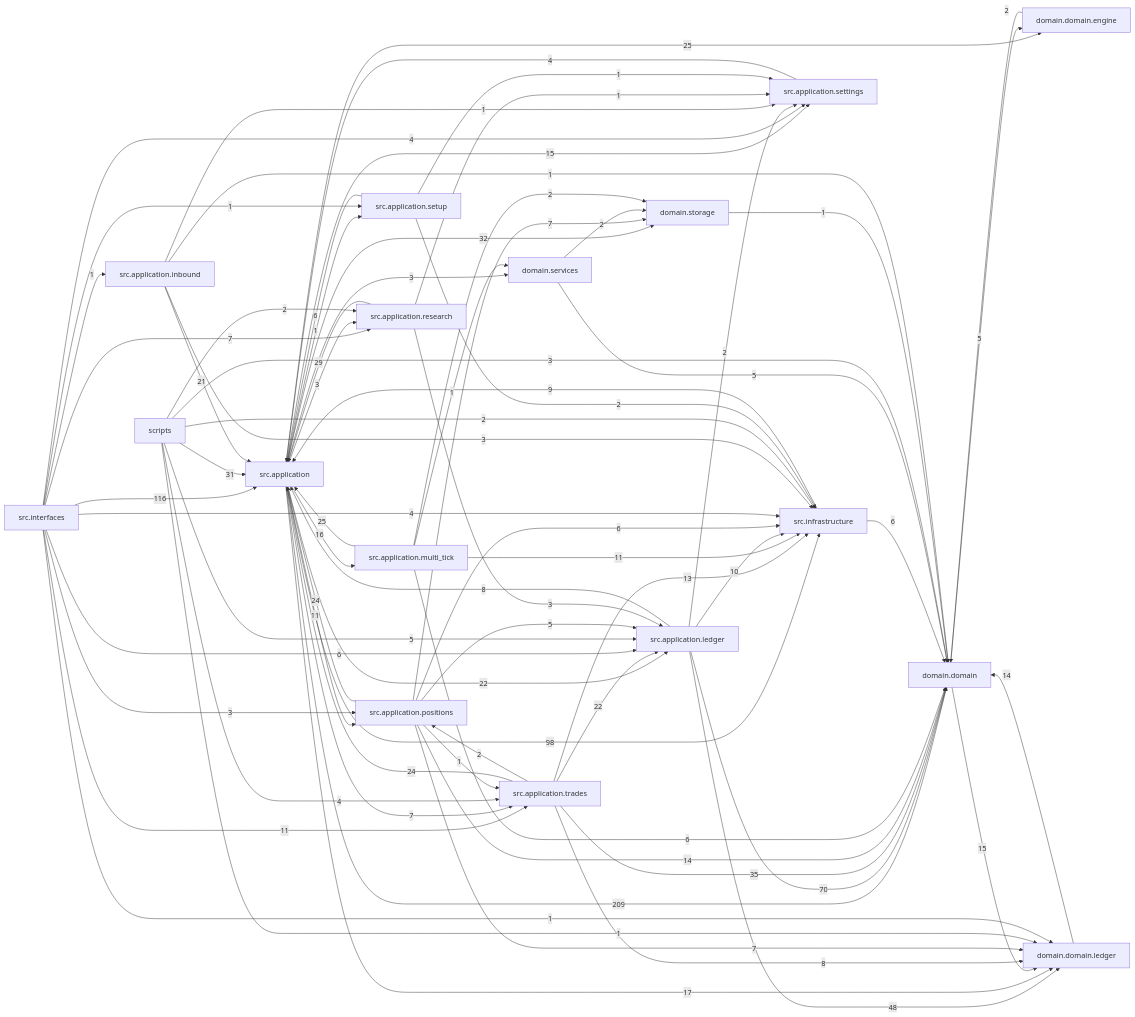
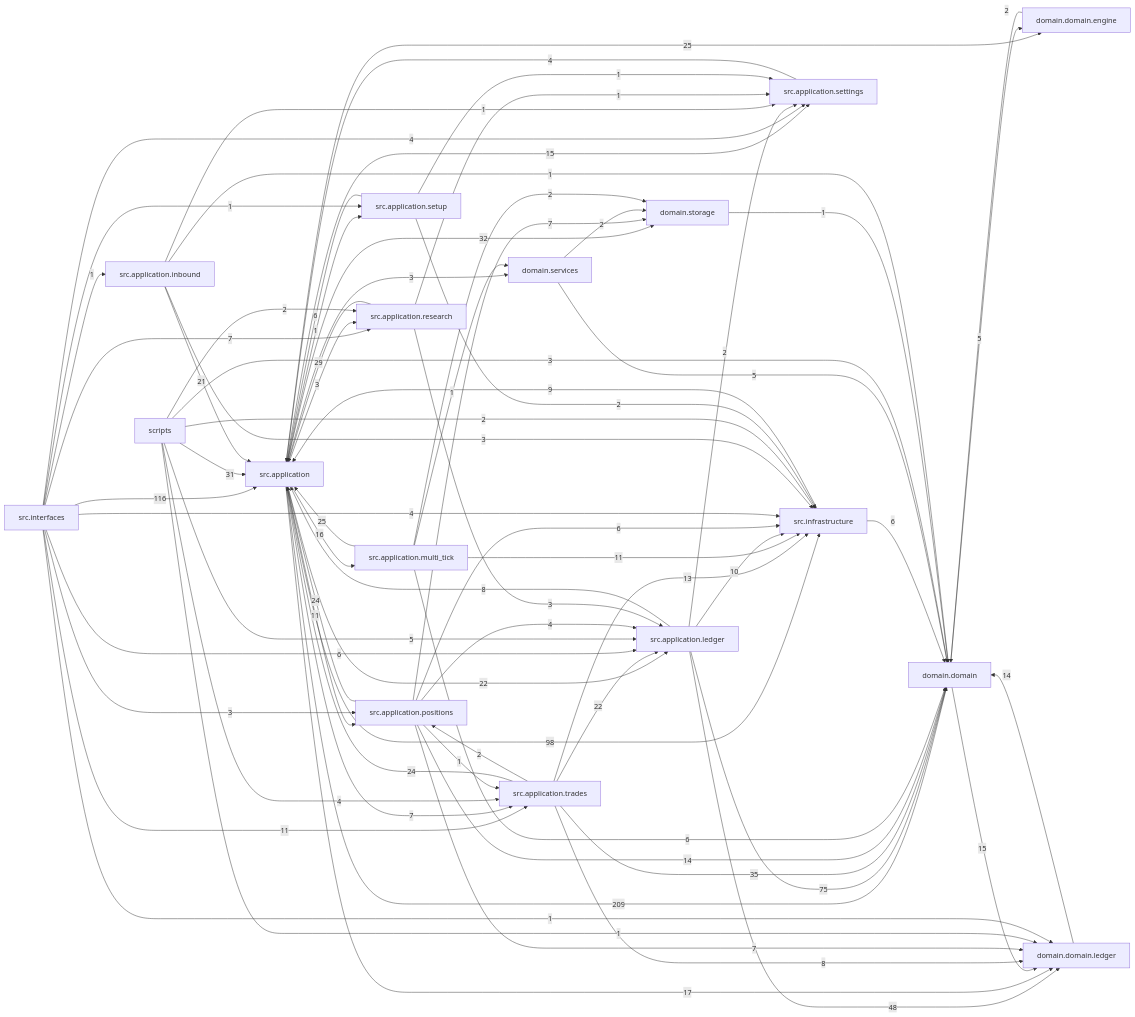
The diagram in docs/dependency_graph.mmd (liuxie066/options-monitor), drawn with Mermaid before and after one commit. The commit also changed 64 other files, not shown here.

```diff
--- a/docs/dependency_graph.mmd
+++ b/docs/dependency_graph.mmd
@@ -1,74 +1,74 @@
 flowchart LR
   src_application["src.application"] -->|209| domain_domain["domain.domain"]
   src_interfaces["src.interfaces"] -->|116| src_application["src.application"]
   src_application["src.application"] -->|98| src_infrastructure["src.infrastructure"]
-  src_application_ledger["src.application.ledger"] -->|70| domain_domain["domain.domain"]
+  src_application_ledger["src.application.ledger"] -->|75| domain_domain["domain.domain"]
   src_application_ledger["src.application.ledger"] -->|48| domain_domain_ledger["domain.domain.ledger"]
   src_application_trades["src.application.trades"] -->|35| domain_domain["domain.domain"]
   src_application["src.application"] -->|32| domain_storage["domain.storage"]
   scripts["scripts"] -->|31| src_application["src.application"]
   src_application_research["src.application.research"] -->|29| src_application["src.application"]
   src_application["src.application"] -->|25| domain_domain_engine["domain.domain.engine"]
   src_application_multi_tick["src.application.multi_tick"] -->|25| src_application["src.application"]
   src_application_positions["src.application.positions"] -->|24| src_application["src.application"]
   src_application_trades["src.application.trades"] -->|24| src_application["src.application"]
   src_application["src.application"] -->|22| src_application_ledger["src.application.ledger"]
   src_application_trades["src.application.trades"] -->|22| src_application_ledger["src.application.ledger"]
   src_application_inbound["src.application.inbound"] -->|21| src_application["src.application"]
   src_application["src.application"] -->|17| domain_domain_ledger["domain.domain.ledger"]
   src_application["src.application"] -->|16| src_application_multi_tick["src.application.multi_tick"]
   domain_domain["domain.domain"] -->|15| domain_domain_ledger["domain.domain.ledger"]
   src_application["src.application"] -->|15| src_application_settings["src.application.settings"]
   domain_domain_ledger["domain.domain.ledger"] -->|14| domain_domain["domain.domain"]
   src_application_positions["src.application.positions"] -->|14| domain_domain["domain.domain"]
   src_application_trades["src.application.trades"] -->|13| src_infrastructure["src.infrastructure"]
   src_application["src.application"] -->|11| src_application_positions["src.application.positions"]
   src_application_multi_tick["src.application.multi_tick"] -->|11| src_infrastructure["src.infrastructure"]
   src_interfaces["src.interfaces"] -->|11| src_application_trades["src.application.trades"]
   src_application_ledger["src.application.ledger"] -->|10| src_infrastructure["src.infrastructure"]
   src_infrastructure["src.infrastructure"] -->|9| src_application["src.application"]
   src_application_ledger["src.application.ledger"] -->|8| src_application["src.application"]
   src_application_trades["src.application.trades"] -->|8| domain_domain_ledger["domain.domain.ledger"]
   src_application["src.application"] -->|7| src_application_trades["src.application.trades"]
   src_application_positions["src.application.positions"] -->|7| domain_domain_ledger["domain.domain.ledger"]
   src_application_positions["src.application.positions"] -->|7| domain_storage["domain.storage"]
   src_interfaces["src.interfaces"] -->|7| src_application_research["src.application.research"]
   src_application_multi_tick["src.application.multi_tick"] -->|6| domain_domain["domain.domain"]
   src_application_positions["src.application.positions"] -->|6| src_infrastructure["src.infrastructure"]
   src_application_setup["src.application.setup"] -->|6| src_application["src.application"]
   src_infrastructure["src.infrastructure"] -->|6| domain_domain["domain.domain"]
   src_interfaces["src.interfaces"] -->|6| src_application_ledger["src.application.ledger"]
   domain_domain["domain.domain"] -->|5| domain_domain_engine["domain.domain.engine"]
   domain_services["domain.services"] -->|5| domain_domain["domain.domain"]
   scripts["scripts"] -->|5| src_application_ledger["src.application.ledger"]
-  src_application_positions["src.application.positions"] -->|5| src_application_ledger["src.application.ledger"]
   scripts["scripts"] -->|4| src_application_trades["src.application.trades"]
+  src_application_positions["src.application.positions"] -->|4| src_application_ledger["src.application.ledger"]
   src_application_settings["src.application.settings"] -->|4| src_application["src.application"]
   src_interfaces["src.interfaces"] -->|4| src_application_settings["src.application.settings"]
   src_interfaces["src.interfaces"] -->|4| src_infrastructure["src.infrastructure"]
   scripts["scripts"] -->|3| domain_domain["domain.domain"]
   src_application["src.application"] -->|3| domain_services["domain.services"]
   src_application["src.application"] -->|3| src_application_research["src.application.research"]
   src_application_inbound["src.application.inbound"] -->|3| src_infrastructure["src.infrastructure"]
   src_application_research["src.application.research"] -->|3| src_application_ledger["src.application.ledger"]
   src_interfaces["src.interfaces"] -->|3| src_application_positions["src.application.positions"]
   domain_domain_engine["domain.domain.engine"] -->|2| domain_domain["domain.domain"]
   domain_services["domain.services"] -->|2| domain_storage["domain.storage"]
   scripts["scripts"] -->|2| src_application_research["src.application.research"]
   scripts["scripts"] -->|2| src_infrastructure["src.infrastructure"]
   src_application_ledger["src.application.ledger"] -->|2| src_application_settings["src.application.settings"]
   src_application_multi_tick["src.application.multi_tick"] -->|2| domain_storage["domain.storage"]
   src_application_setup["src.application.setup"] -->|2| src_infrastructure["src.infrastructure"]
   src_application_trades["src.application.trades"] -->|2| src_application_positions["src.application.positions"]
   domain_storage["domain.storage"] -->|1| domain_domain["domain.domain"]
   scripts["scripts"] -->|1| domain_domain_ledger["domain.domain.ledger"]
   src_application["src.application"] -->|1| src_application_setup["src.application.setup"]
   src_application_inbound["src.application.inbound"] -->|1| domain_domain["domain.domain"]
   src_application_inbound["src.application.inbound"] -->|1| src_application_settings["src.application.settings"]
   src_application_multi_tick["src.application.multi_tick"] -->|1| domain_services["domain.services"]
   src_application_positions["src.application.positions"] -->|1| src_application_trades["src.application.trades"]
   src_application_research["src.application.research"] -->|1| src_application_settings["src.application.settings"]
   src_application_setup["src.application.setup"] -->|1| src_application_settings["src.application.settings"]
   src_interfaces["src.interfaces"] -->|1| domain_domain_ledger["domain.domain.ledger"]
   src_interfaces["src.interfaces"] -->|1| src_application_inbound["src.application.inbound"]
   src_interfaces["src.interfaces"] -->|1| src_application_setup["src.application.setup"]
```
